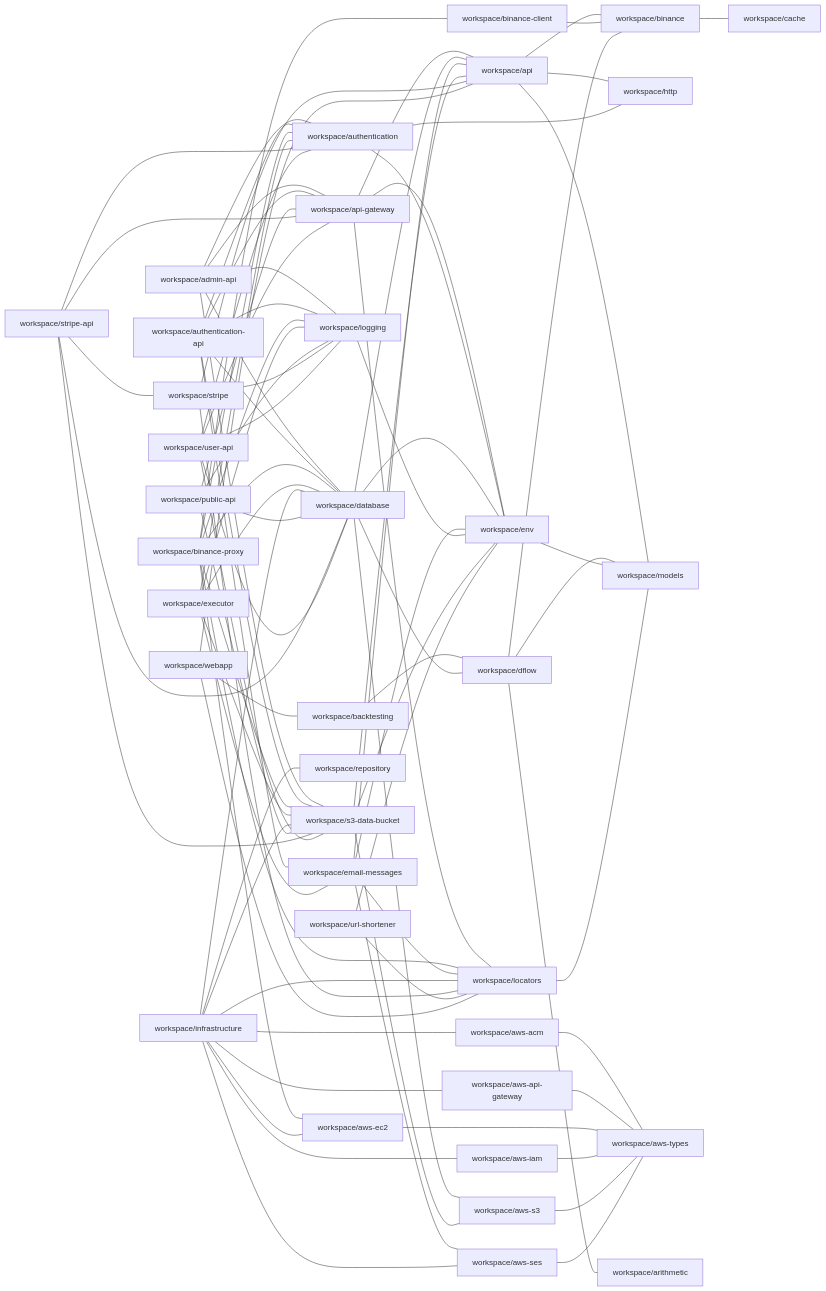
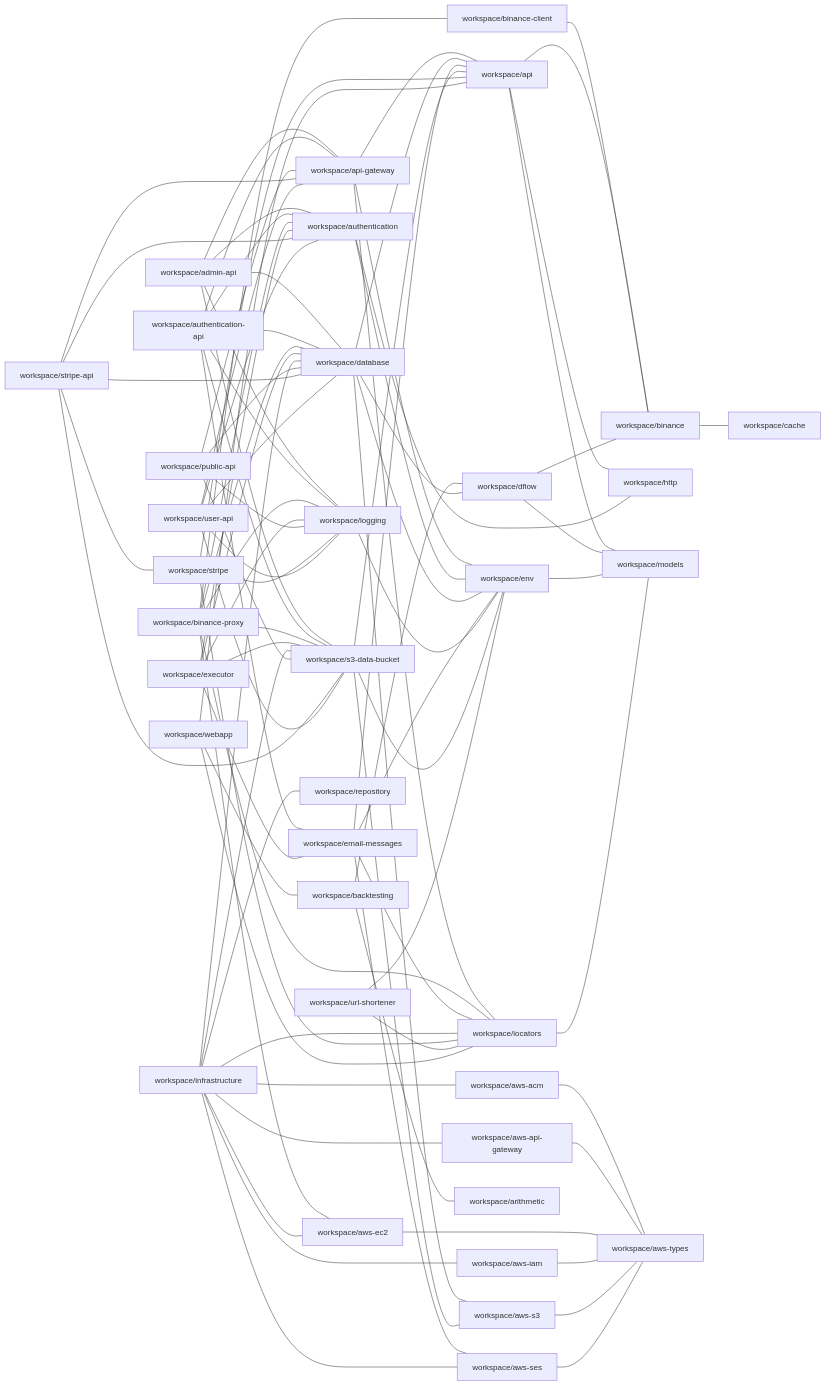
The diagram in repository/docs/npm-dependencies.md (ggbot-org/ggbot), drawn with Mermaid before and after one commit. The commit also changed other lines of this file and 33 other files, not shown here.

Commit message:
remove arithmetic workspace

```diff
--- a/repository/docs/npm-dependencies.md
+++ b/repository/docs/npm-dependencies.md
@@ -29,6 +30,7 @@
     workspace/aws-iam --- workspace/aws-types
     workspace/aws-s3 --- workspace/aws-types
     workspace/aws-ses --- workspace/aws-types
+    workspace/backtesting --- workspace/arithmetic
     workspace/backtesting --- workspace/dflow
     workspace/binance --- workspace/cache
     workspace/binance-client --- workspace/binance
@@ -43,7 +45,6 @@
     workspace/database --- workspace/aws-s3
     workspace/database --- workspace/dflow
     workspace/database --- workspace/env
-    workspace/dflow --- workspace/arithmetic
     workspace/dflow --- workspace/binance
     workspace/dflow --- workspace/models
     workspace/email-messages --- workspace/api
```
